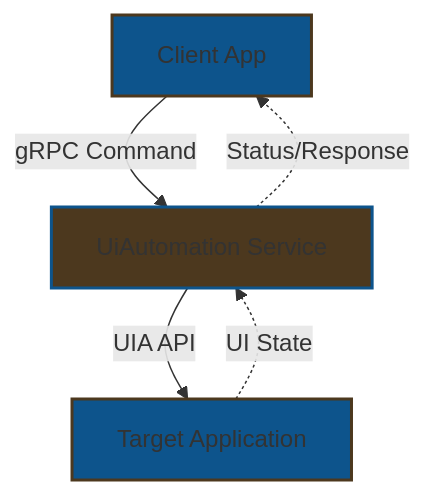
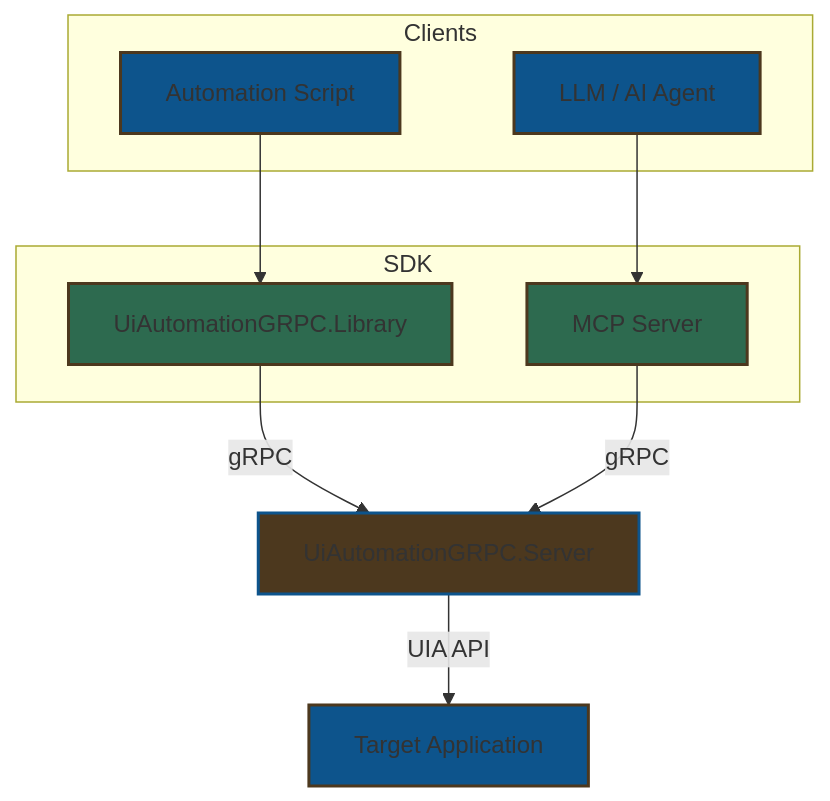
One commit to Donsezan/UiAutomationGRPC changed the diagram in README.md. Above: the diagram before and after it, drawn with Mermaid. The commit also changed other lines of this file, not shown here.

Commit message:
feat: Introduce LLM integration, refine architecture, update project structure details, and enhance usage examples in the README.

````diff
--- a/README.md
+++ b/README.md
@@ -21,14 +25,27 @@
 ```mermaid
 graph TD
-    Client[Client App] -->|gRPC Command| Server[UiAutomation Service]
+    subgraph Clients
+        Script[Automation Script]
+        LLM[LLM / AI Agent]
+    end
+
+    subgraph SDK
+        Library[UiAutomationGRPC.Library]
+        MCP[MCP Server]
+    end
+
+    Script --> Library
+    LLM --> MCP
+    Library -->|gRPC| Server[UiAutomationGRPC.Server]
+    MCP -->|gRPC| Server
     Server -->|UIA API| Target[Target Application]
-    Target -.->|UI State| Server
-    Server -.->|Status/Response| Client
+
     classDef client fill:#0d548c,stroke:#4c381e,stroke-width:2px;
+    classDef sdk fill:#2d6a4f,stroke:#4c381e,stroke-width:2px;
     classDef server fill:#4c381e,stroke:#0d548c,stroke-width:2px;
-    classDef target fill:#0d548c,stroke:#4c381e,stroke-width:2px;
 
-    class Client client;
+    class Script,LLM client;
+    class Library,MCP sdk;
     class Server server;
-    class Target target;
+    class Target client;
 ```
````
